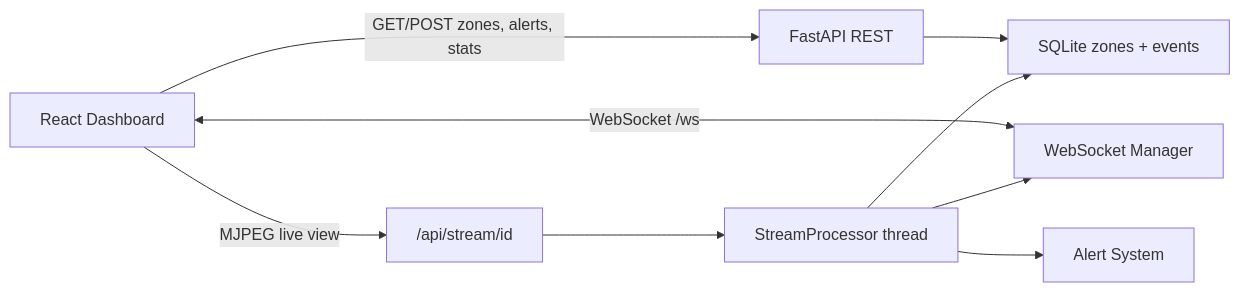
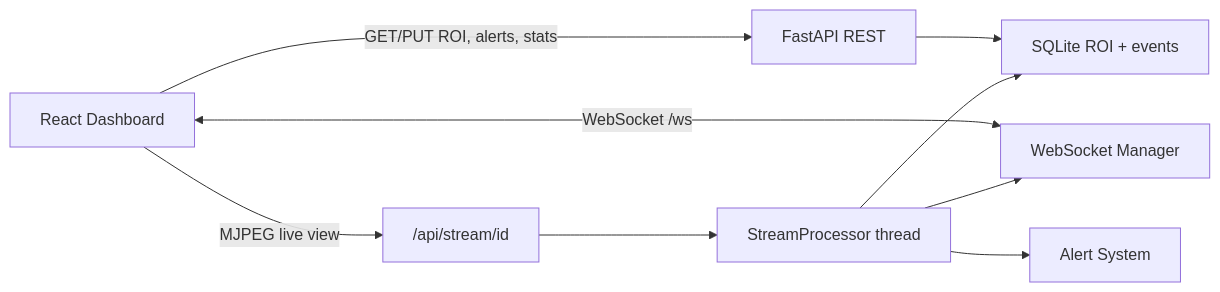
Before and after one commit to Faizanfarhad/CCTV_Camera_Based_Intrusion_Detection: the second of 2 diagrams in README.md, drawn with Mermaid. The commit also changed other lines of this file and 5 other files, not shown here.

````diff
--- a/README.md
+++ b/README.md
@@ -77,11 +77,11 @@
 ```mermaid
 flowchart LR
-    UI["React Dashboard"] -->|"GET/POST zones, alerts, stats"| API["FastAPI REST"]
+    UI["React Dashboard"] -->|"GET/PUT ROI, alerts, stats"| API["FastAPI REST"]
     UI -->|"MJPEG live view"| STREAM["/api/stream/id"]
     UI <-->|"WebSocket /ws"| WS["WebSocket Manager"]
-    API --> DB["SQLite zones + events"]
+    API --> DB["SQLite ROI + events"]
     STREAM --> PROC["StreamProcessor thread"]
     PROC --> DB
     PROC --> WS
     PROC --> ALERT["Alert System"]
 ```
````
